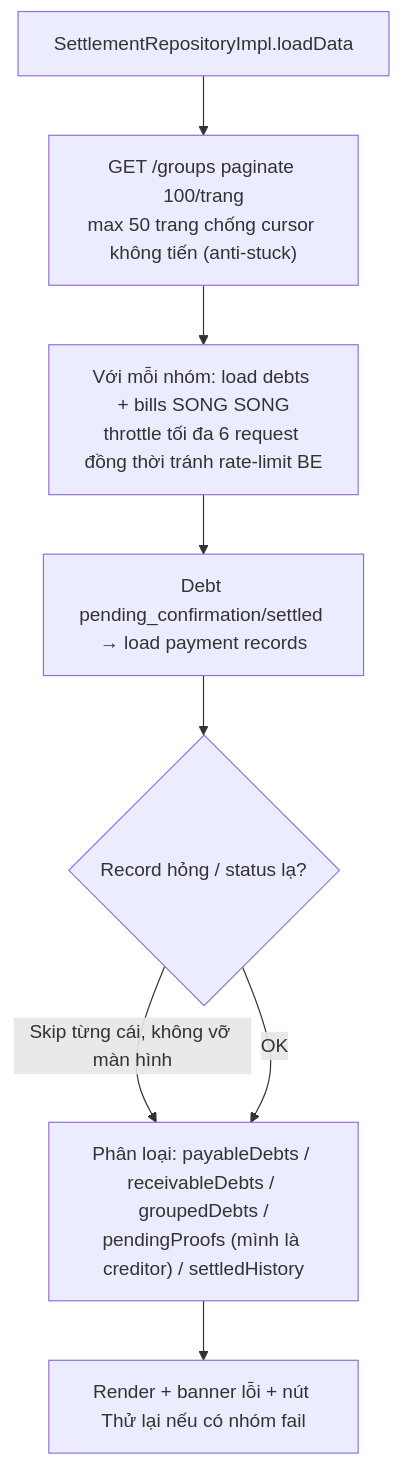
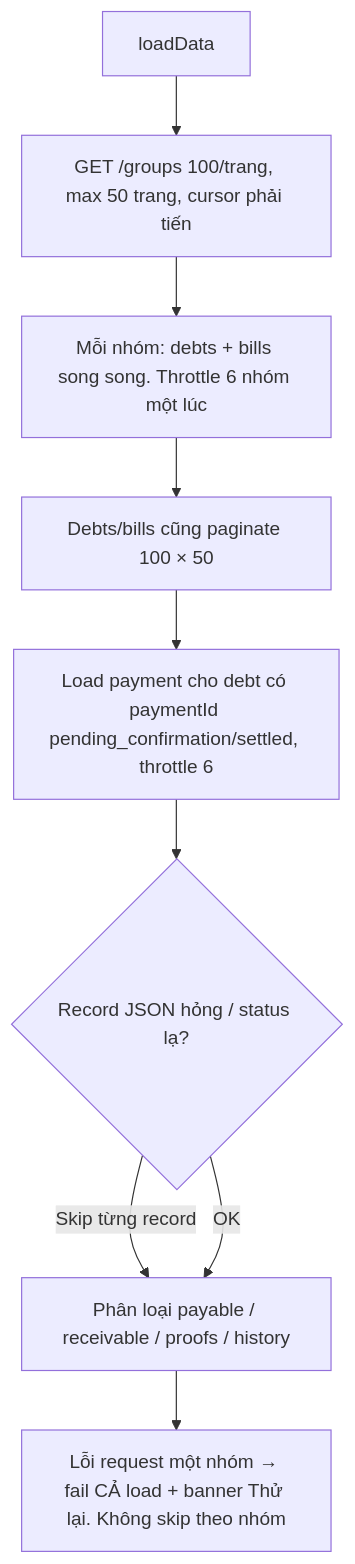
The eighth of 8 diagrams in flow/04-settlement.md (FintechVSF-Tranning/PaySplit-RP), drawn with Mermaid before and after one commit. The commit also changed other lines of this file and 8 other files, not shown here.

````diff
--- a/flow/04-settlement.md
+++ b/flow/04-settlement.md
@@ -271,10 +281,11 @@
 ```mermaid
 flowchart TD
-    A["SettlementRepositoryImpl.loadData"] --> B["GET /groups paginate 100/trang<br/>max 50 trang chống cursor không tiến (anti-stuck)"]
-    B --> C["Với mỗi nhóm: load debts + bills SONG SONG<br/>throttle tối đa 6 request đồng thời tránh rate-limit BE"]
-    C --> D["Debt pending_confirmation/settled → load payment records"]
-    D --> E{"Record hỏng / status lạ?"}
-    E -->|"Skip từng cái, không vỡ màn hình"| F
-    E -->|"OK"| F["Phân loại: payableDebts / receivableDebts / groupedDebts /<br/>pendingProofs (mình là creditor) / settledHistory"]
-    F --> G["Render + banner lỗi + nút Thử lại nếu có nhóm fail"]
+    A["loadData"] --> B["GET /groups 100/trang, max 50 trang, cursor phải tiến"]
+    B --> C["Mỗi nhóm: debts + bills song song. Throttle 6 nhóm một lúc"]
+    C --> D["Debts/bills cũng paginate 100 × 50"]
+    D --> E["Load payment cho debt có paymentId pending_confirmation/settled, throttle 6"]
+    E --> F{"Record JSON hỏng / status lạ?"}
+    F -->|"Skip từng record"| G
+    F -->|"OK"| G["Phân loại payable / receivable / proofs / history"]
+    G --> H["Lỗi request một nhóm → fail CẢ load + banner Thử lại. Không skip theo nhóm"]
 ```
````
